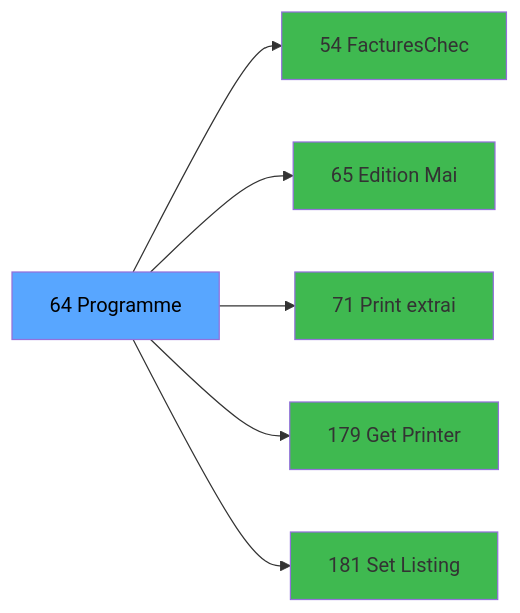
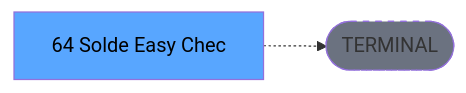
The third of 3 diagrams in .openspec/specs/ADH-IDE-64.md (thonyAGP/lecteur-magic), drawn with Mermaid before and after one commit. The commit also changed other lines of this file and 701 other files, not shown here.

````diff
--- a/.openspec/specs/ADH-IDE-64.md
+++ b/.openspec/specs/ADH-IDE-64.md
@@ -176,20 +155,8 @@
 ```mermaid
 graph LR
-    T[64 Programme]
-    C54[54 FacturesChec]
-    T --> C54
-    C65[65 Edition  Mai]
-    T --> C65
-    C71[71 Print extrai]
-    T --> C71
-    C179[179 Get Printer]
-    T --> C179
-    C181[181 Set Listing ]
-    T --> C181
+    T[64 Solde Easy Chec]
+    TERM([TERMINAL])
+    T -.-> TERM
+    style TERM fill:#6b7280,stroke-dasharray: 5 5
     style T fill:#58a6ff,color:#000
-    style C54 fill:#3fb950
-    style C65 fill:#3fb950
-    style C71 fill:#3fb950
-    style C179 fill:#3fb950
-    style C181 fill:#3fb950
 ```
````
